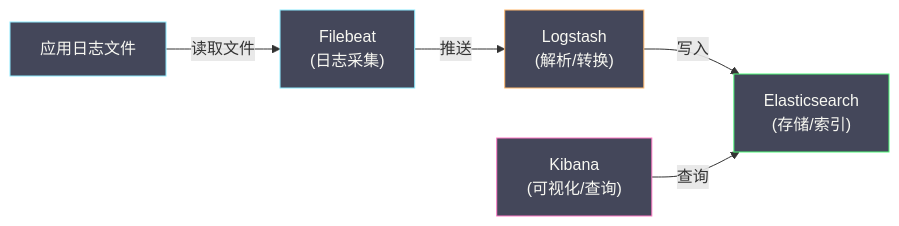
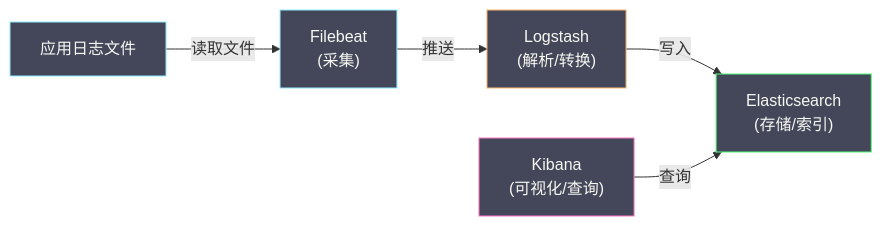
Before and after one commit to hpliStartAgain/my-brain: the second of 2 diagrams in content/可观测/日志/01 日志的本质与演进.md, drawn with Mermaid. The commit also changed other lines of this file and 511 other files, not shown here.

````diff
--- a/content/可观测/日志/01 日志的本质与演进.md
+++ b/content/可观测/日志/01 日志的本质与演进.md
@@ -340,24 +379,24 @@
 ```mermaid
 %%{init: {'theme': 'dracula'}}%%
 graph LR
     App["应用日志文件"]
-    FB["Filebeat</br>(日志采集)"]
-    LS["Logstash</br>(解析/转换)"]
-    ES["Elasticsearch</br>(存储/索引)"]
-    KB["Kibana</br>(可视化/查询)"]
+    FB["Filebeat<br/>(采集)"]
+    LS["Logstash<br/>(解析/转换)"]
+    ES["Elasticsearch<br/>(存储/索引)"]
+    KB["Kibana<br/>(可视化/查询)"]
 
     App -->|"读取文件"| FB
     FB -->|"推送"| LS
     LS -->|"写入"| ES
     KB -->|"查询"| ES
 
     classDef agent fill:#44475a,stroke:#8be9fd,color:#f8f8f2
     classDef process fill:#44475a,stroke:#ffb86c,color:#f8f8f2
     classDef storage fill:#44475a,stroke:#50fa7b,color:#f8f8f2
     classDef ui fill:#44475a,stroke:#ff79c6,color:#f8f8f2
 
     class App,FB agent
     class LS process
     class ES storage
     class KB ui
 ```
````
